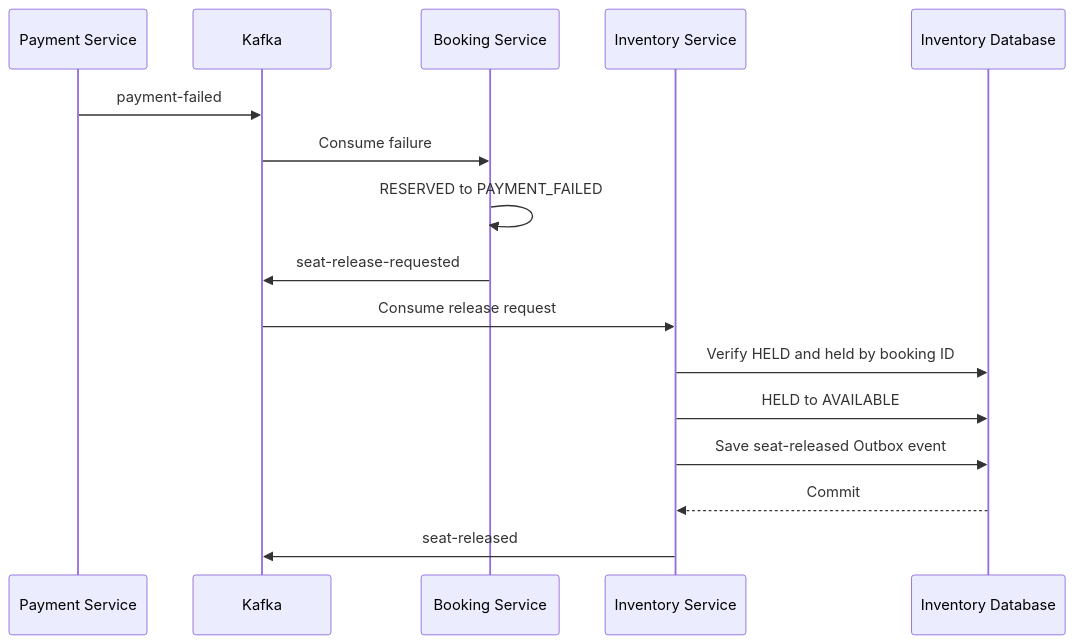
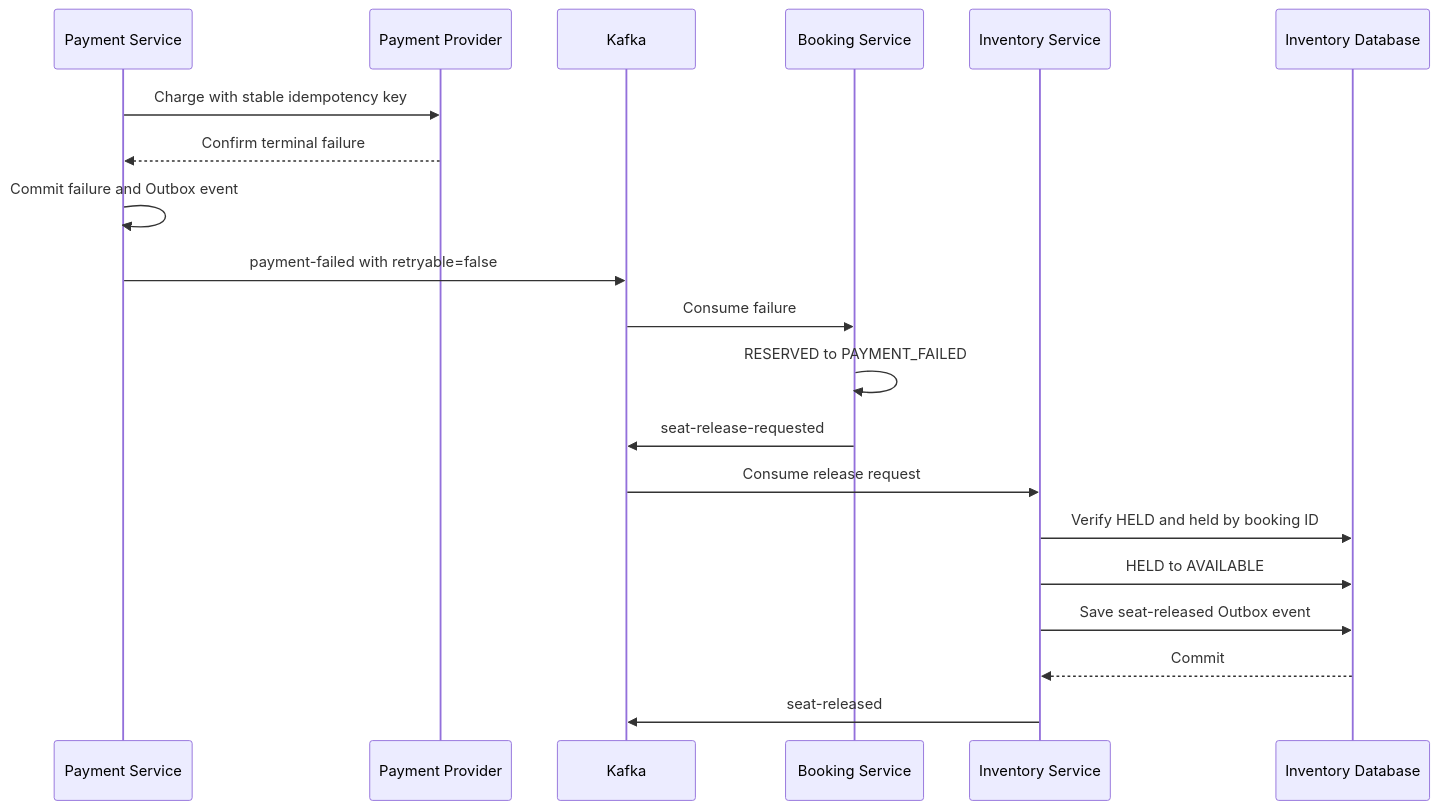
One commit to HuyKunNe/cinema-system changed the eighth of 17 diagrams in docs/13_SEQUENCE_DIAGRAMS.md. Above: the diagram before and after it, drawn with Mermaid. The commit also changed other lines of this file and 18 other files, not shown here.

Commit message:
docs(payment): define R27 architecture and contract baseline

````diff
--- a/docs/13_SEQUENCE_DIAGRAMS.md
+++ b/docs/13_SEQUENCE_DIAGRAMS.md
@@ -230,19 +234,23 @@
 ```mermaid
 sequenceDiagram
     participant Payment as Payment Service
+    participant Provider as Payment Provider
     participant Kafka
     participant Booking as Booking Service
     participant Inventory as Inventory Service
     participant DB as Inventory Database
 
-    Payment->>Kafka: payment-failed
+    Payment->>Provider: Charge with stable idempotency key
+    Provider-->>Payment: Confirm terminal failure
+    Payment->>Payment: Commit failure and Outbox event
+    Payment->>Kafka: payment-failed with retryable=false
     Kafka->>Booking: Consume failure
     Booking->>Booking: RESERVED to PAYMENT_FAILED
     Booking->>Kafka: seat-release-requested
     Kafka->>Inventory: Consume release request
     Inventory->>DB: Verify HELD and held by booking ID
     Inventory->>DB: HELD to AVAILABLE
     Inventory->>DB: Save seat-released Outbox event
     DB-->>Inventory: Commit
     Inventory->>Kafka: seat-released
 ```
````
